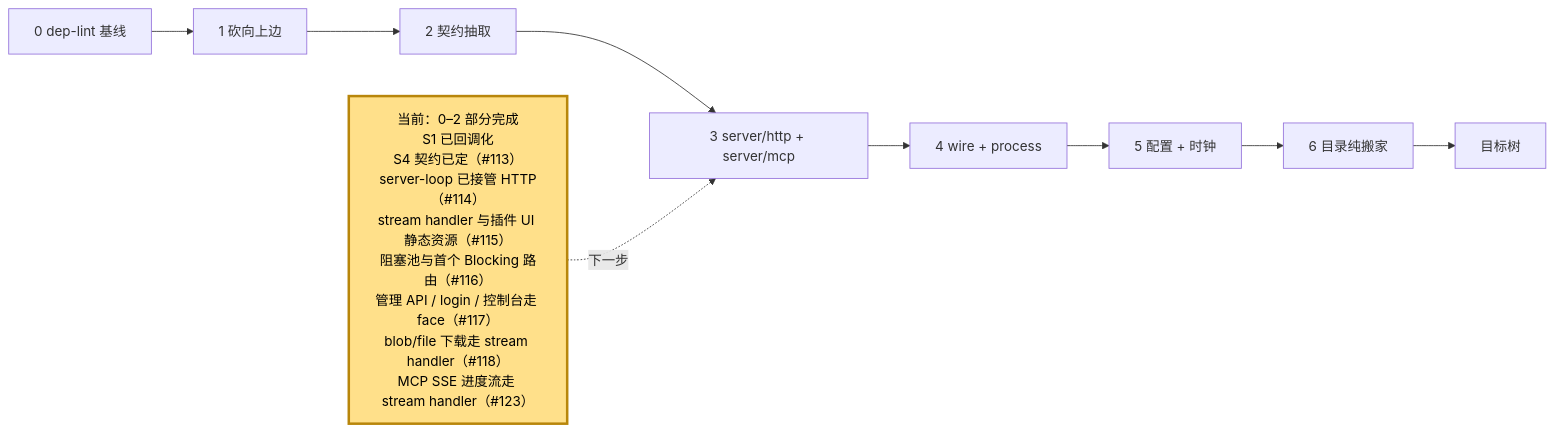
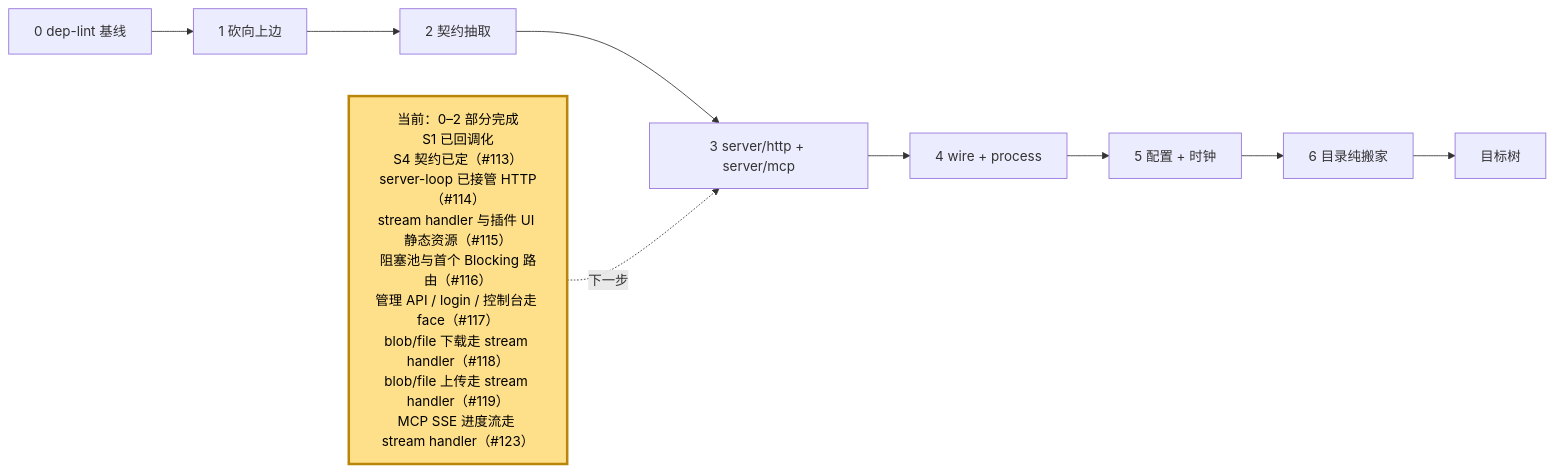
Before and after one commit to webxxxxx/plugin-manager: the fifth of 5 diagrams in docs/architecture.md, drawn with Mermaid. The commit also changed other lines of this file and 16 other files, not shown here.

First line of the commit message:
feat(server): blob/file 上传走 sans-IO stream handler (#119)

````diff
--- a/docs/architecture.md
+++ b/docs/architecture.md
@@ -378,15 +378,15 @@
 ```mermaid
 flowchart LR
     S0["0 dep-lint 基线"] --> S1["1 砍向上边"]
     S1 --> S2["2 契约抽取"]
     S2 --> S3["3 server/http + server/mcp"]
     S3 --> S4["4 wire + process"]
     S4 --> S5["5 配置 + 时钟"]
     S5 --> S6["6 目录纯搬家"]
     S6 --> DONE["目标树"]
 
-    NOW["当前：0–2 部分完成<br/>S1 已回调化<br/>S4 契约已定（#113）<br/>server-loop 已接管 HTTP（#114）<br/>stream handler 与插件 UI 静态资源（#115）<br/>阻塞池与首个 Blocking 路由（#116）<br/>管理 API / login / 控制台走 face（#117）<br/>blob/file 下载走 stream handler（#118）<br/>MCP SSE 进度流走 stream handler（#123）"]:::current
+    NOW["当前：0–2 部分完成<br/>S1 已回调化<br/>S4 契约已定（#113）<br/>server-loop 已接管 HTTP（#114）<br/>stream handler 与插件 UI 静态资源（#115）<br/>阻塞池与首个 Blocking 路由（#116）<br/>管理 API / login / 控制台走 face（#117）<br/>blob/file 下载走 stream handler（#118）<br/>blob/file 上传走 stream handler（#119）<br/>MCP SSE 进度流走 stream handler（#123）"]:::current
     NOW -.->|下一步| S3
 
     classDef current fill:#ffe08a,stroke:#b8860b,stroke-width:3px,color:#000
 ```
````
